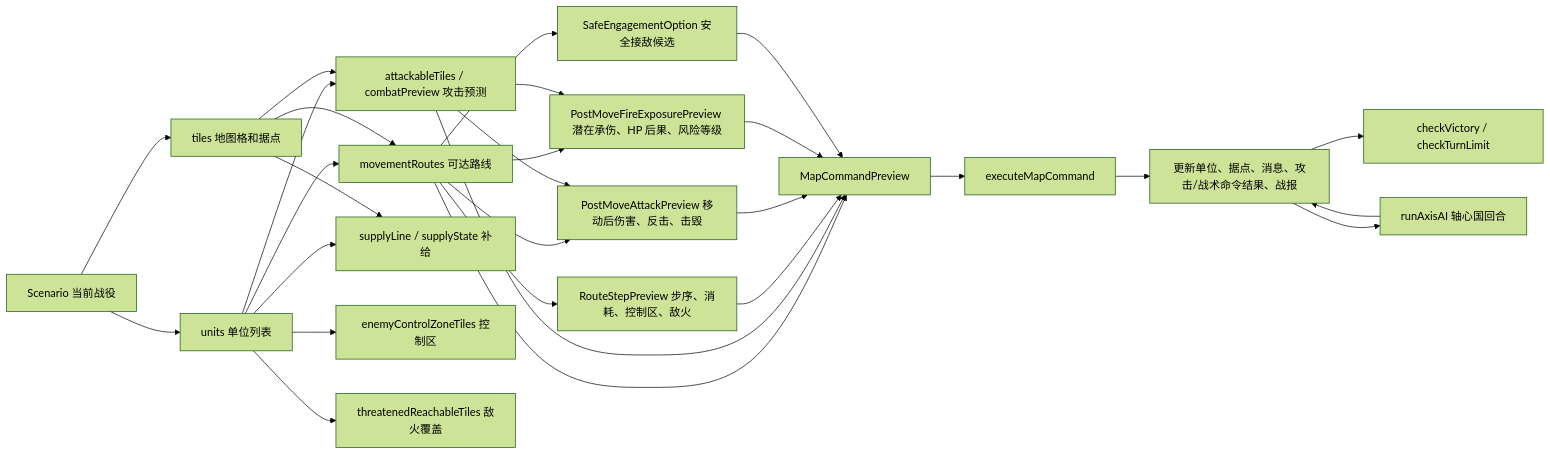
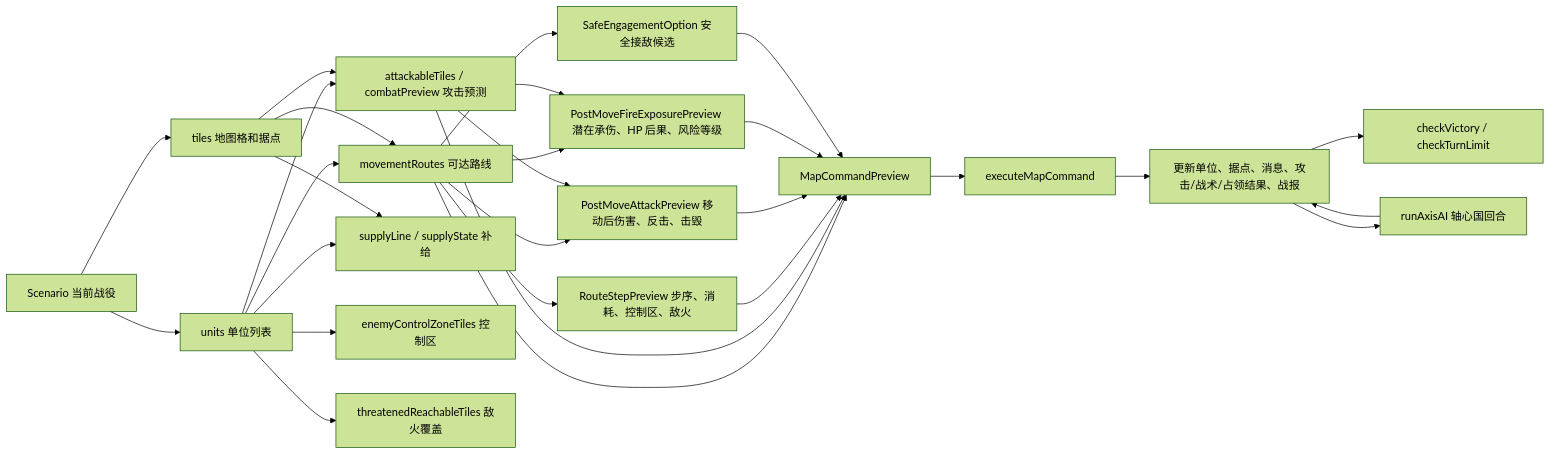
One commit to Altman-sam114/116 changed the third of 5 diagrams in md/flow/flowchart.md. Above: the diagram before and after it, drawn with Mermaid (forest theme). The commit also changed other lines of this file and 9 other files, not shown here.

````diff
--- a/md/flow/flowchart.md
+++ b/md/flow/flowchart.md
@@ -50,30 +50,30 @@
 ```mermaid
 flowchart LR
   S["Scenario 当前战役"] --> U["units 单位列表"]
   S --> T["tiles 地图格和据点"]
   U --> MV["movementRoutes 可达路线"]
   T --> MV
   U --> AT["attackableTiles / combatPreview 攻击预测"]
   T --> AT
   U --> SUP["supplyLine / supplyState 补给"]
   T --> SUP
   U --> ZOC["enemyControlZoneTiles 控制区"]
   U --> THR["threatenedReachableTiles 敌火覆盖"]
   MV --> RP["RouteStepPreview 步序、消耗、控制区、敌火"]
   MV --> PM["PostMoveAttackPreview 移动后伤害、反击、击毁"]
   MV --> FP["PostMoveFireExposurePreview 潜在承伤、HP 后果、风险等级"]
   MV --> SE["SafeEngagementOption 安全接敌候选"]
   AT --> PM
   AT --> FP
   MV --> CMD["MapCommandPreview"]
   AT --> CMD
   RP --> CMD
   PM --> CMD
   FP --> CMD
   SE --> CMD
   CMD --> EX["executeMapCommand"]
-  EX --> RES["更新单位、据点、消息、攻击/战术命令结果、战报"]
+  EX --> RES["更新单位、据点、消息、攻击/战术/占领结果、战报"]
   RES --> WIN["checkVictory / checkTurnLimit"]
   RES --> AI["runAxisAI 轴心国回合"]
   AI --> RES
 ```
````
